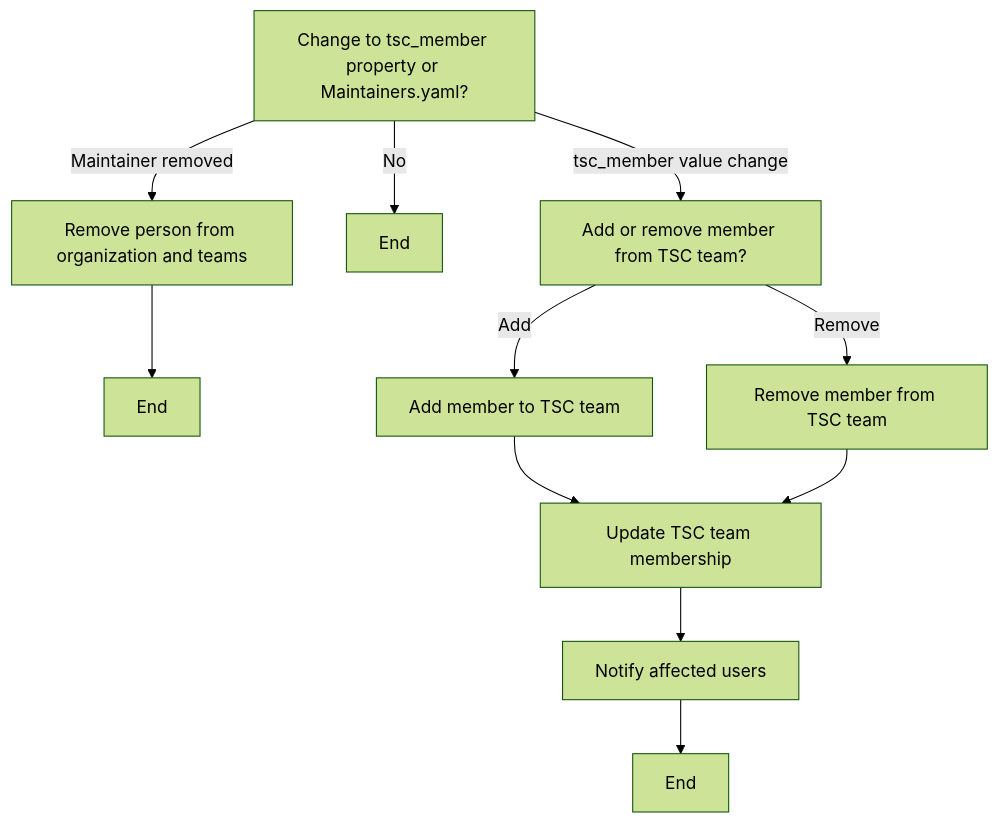
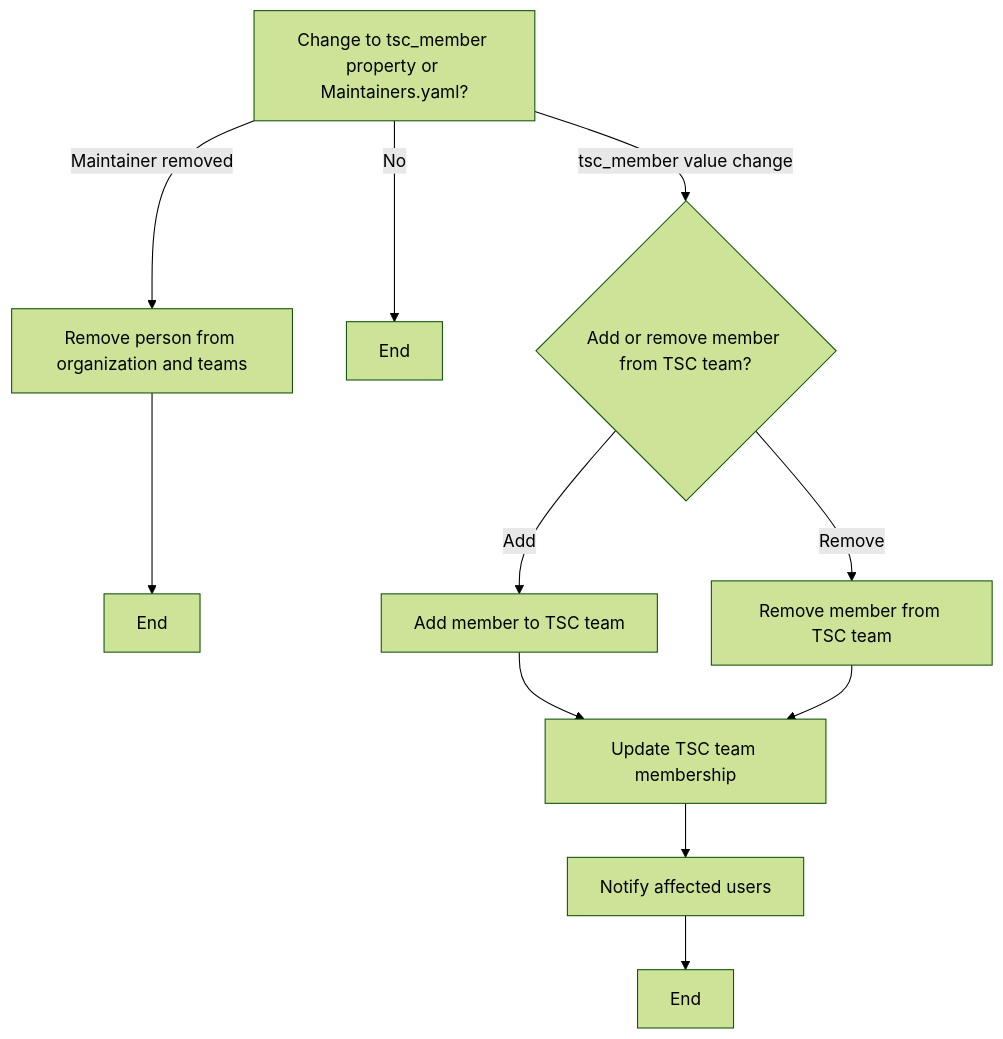
Before and after one commit to asyncapi/community: the eighth of 12 diagrams in mentorship/summerofcode/2023/workflowautomation/README.md, drawn with Mermaid (forest theme).

Commit message:
changed diamond shape

````diff
--- a/mentorship/summerofcode/2023/workflowautomation/README.md
+++ b/mentorship/summerofcode/2023/workflowautomation/README.md
@@ -149,15 +149,15 @@
 ```mermaid
 graph TD;
 A[Change to tsc_member property or Maintainers.yaml?] --> |Maintainer removed| B[Remove person from organization and teams];
 A --> |No| D[End];
 
 B --> E[End];
 
-A --> |tsc_member value change| F[Add or remove member from TSC team?];
+A --> |tsc_member value change| F{Add or remove member from TSC team?};
 F --> |Add| G[Add member to TSC team];
 G --> H[Update TSC team membership];
 H --> I[Notify affected users];
 I --> J[End];
 F --> |Remove| K[Remove member from TSC team];
 K --> H;
 ```
````
